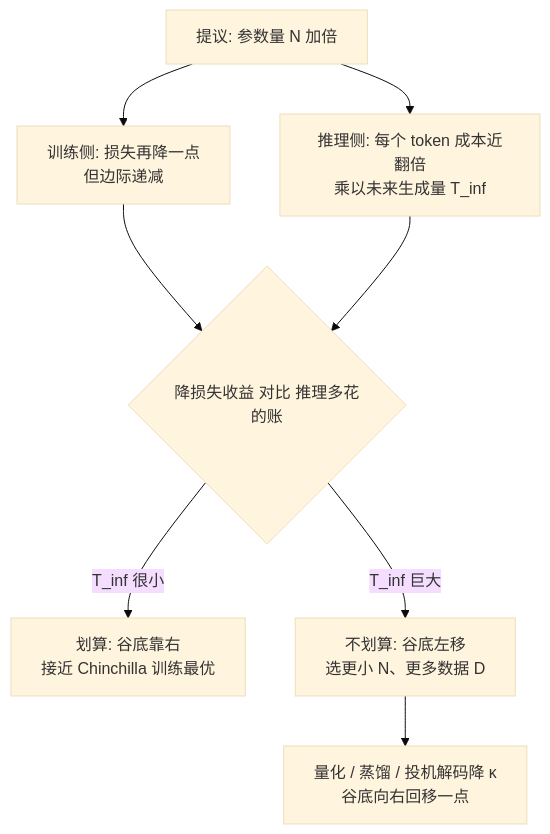
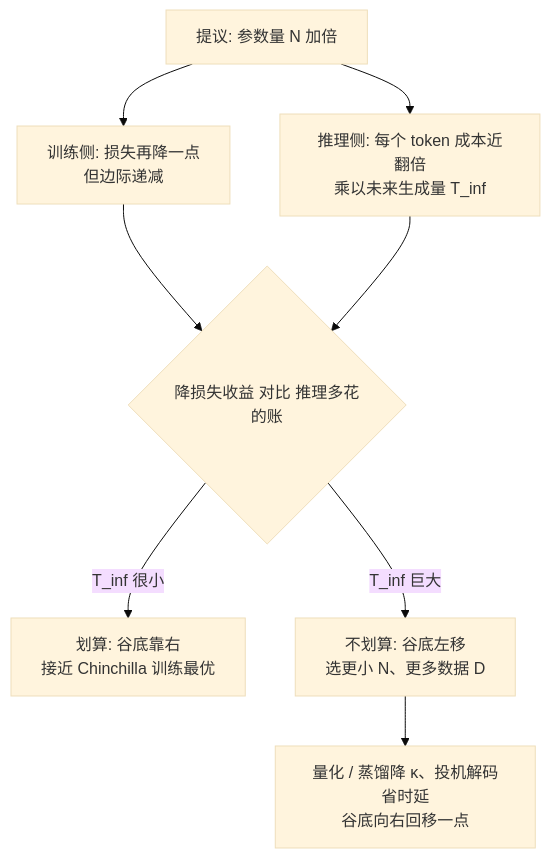
Before and after one commit to xhongduo-tech/xhongduo-tech.github.io: the first of 2 diagrams in docs/llm/inference-compute-optimal.md, drawn with Mermaid (base theme). The commit also changed other lines of this file and 1 other file, not shown here.

````diff
--- a/docs/llm/inference-compute-optimal.md
+++ b/docs/llm/inference-compute-optimal.md
@@ -41,10 +41,10 @@
 ```mermaid
 flowchart TD
   A["提议: 参数量 N 加倍"] --> B["训练侧: 损失再降一点<br/>但边际递减"]
   A --> C["推理侧: 每个 token 成本近翻倍<br/>乘以未来生成量 T_inf"]
   B --> D{"降损失收益 对比 推理多花的账"}
   C --> D
   D -->|"T_inf 很小"| E["划算: 谷底靠右<br/>接近 Chinchilla 训练最优"]
   D -->|"T_inf 巨大"| F["不划算: 谷底左移<br/>选更小 N、更多数据 D"]
-  F --> G["量化 / 蒸馏 / 投机解码降 κ<br/>谷底向右回移一点"]
+  F --> G["量化 / 蒸馏降 κ、投机解码省时延<br/>谷底向右回移一点"]
 ```
````
